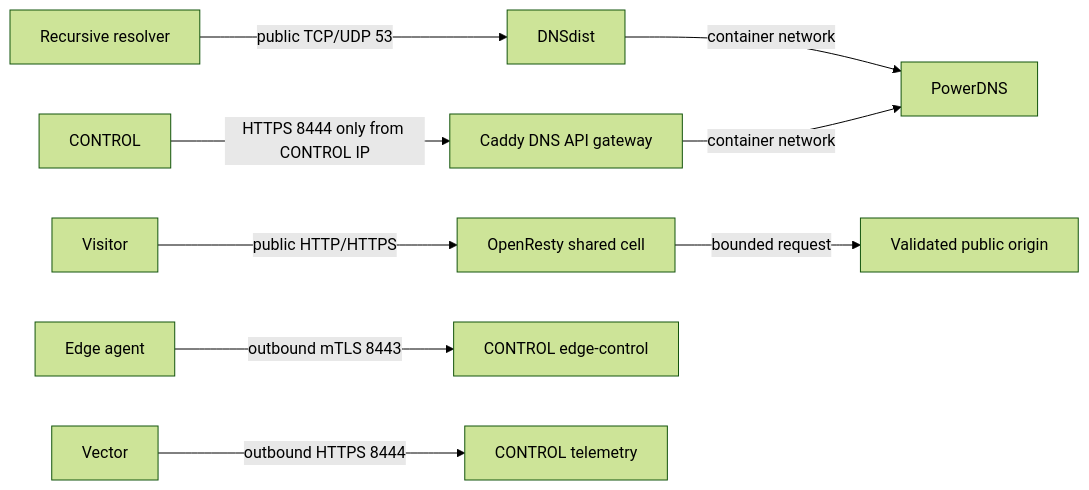
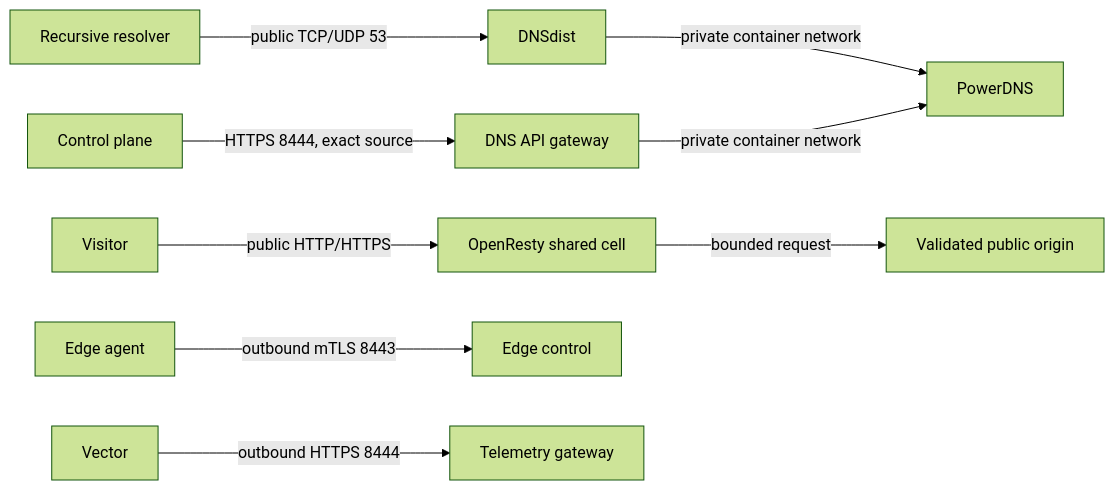
Before and after one commit to vaheed/CDNFoundry: the second of 3 diagrams in docs/production-quick-start.md, drawn with Mermaid (forest theme). The commit also changed other lines of this file and 12 other files, not shown here.

````diff
--- a/docs/production-quick-start.md
+++ b/docs/production-quick-start.md
@@ -91,11 +118,11 @@
 ```mermaid
 flowchart LR
     Resolver[Recursive resolver] -->|public TCP/UDP 53| DNSdist[DNSdist]
-    DNSdist -->|container network| PowerDNS[PowerDNS]
-    Controller[CONTROL] -->|HTTPS 8444 only from CONTROL IP| DnsApi[Caddy DNS API gateway]
-    DnsApi -->|container network| PowerDNS
+    DNSdist -->|private container network| PowerDNS[PowerDNS]
+    Controller[Control plane] -->|HTTPS 8444, exact source| DnsApi[DNS API gateway]
+    DnsApi -->|private container network| PowerDNS
     Visitor[Visitor] -->|public HTTP/HTTPS| Edge[OpenResty shared cell]
     Edge -->|bounded request| Origin[Validated public origin]
-    Agent[Edge agent] -->|outbound mTLS 8443| ControlApi[CONTROL edge-control]
-    Vector[Vector] -->|outbound HTTPS 8444| Ingest[CONTROL telemetry]
+    Agent[Edge agent] -->|outbound mTLS 8443| ControlApi[Edge control]
+    Vector[Vector] -->|outbound HTTPS 8444| Ingest[Telemetry gateway]
 ```
````
